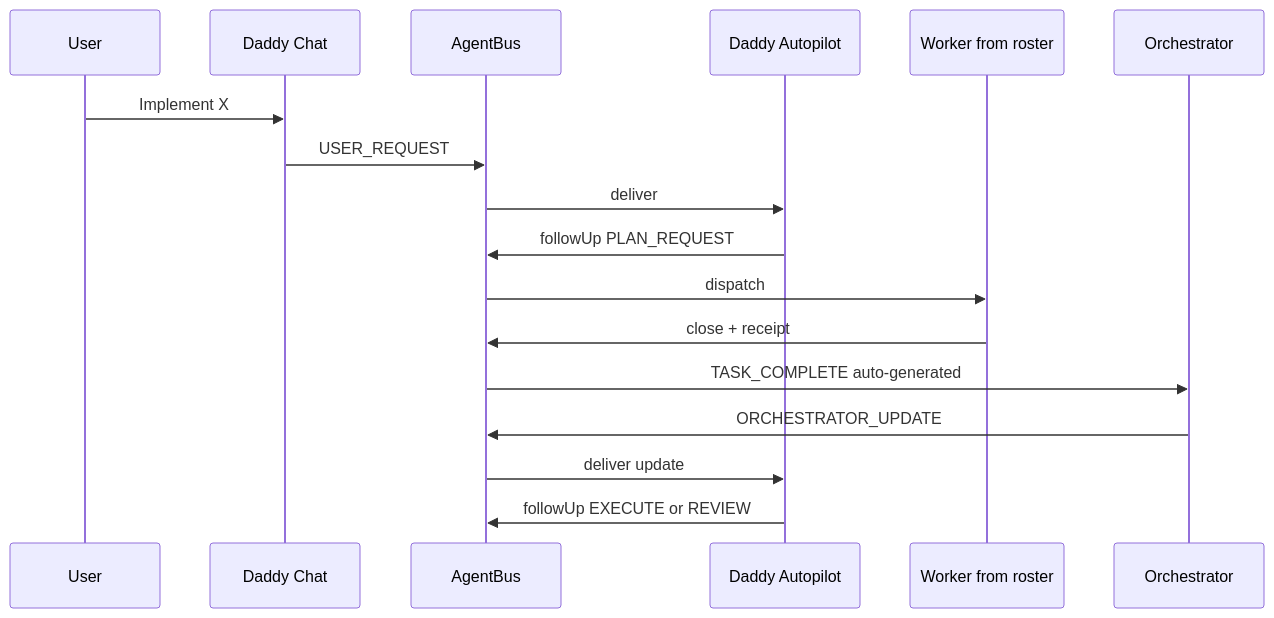
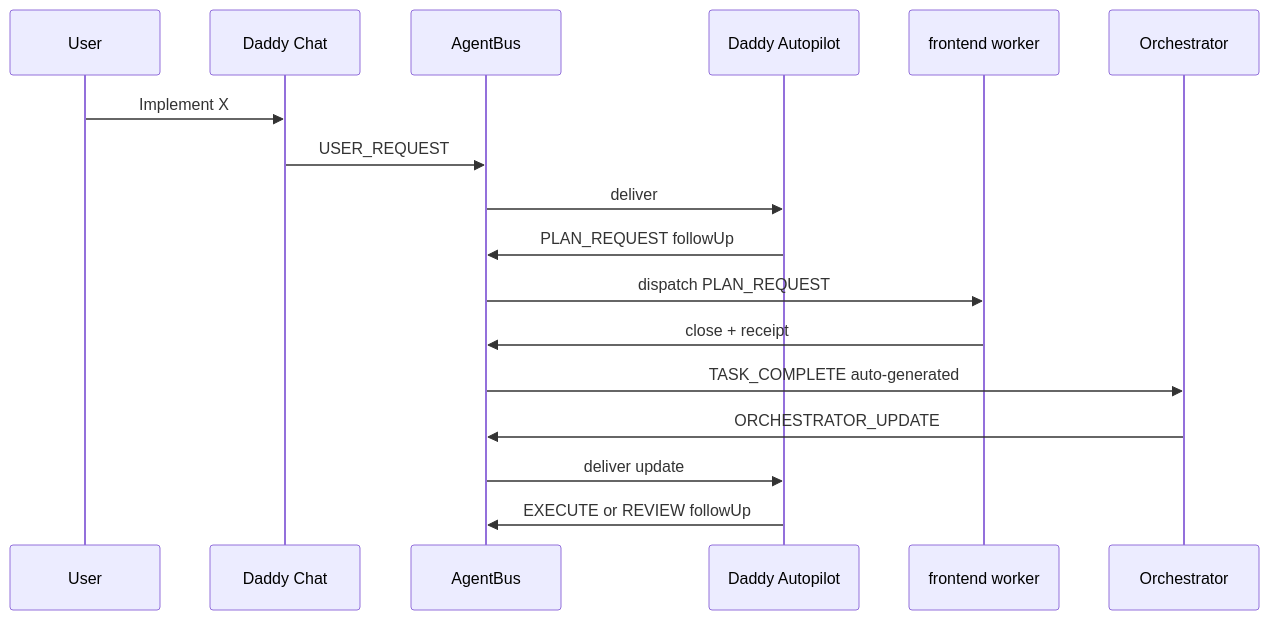
Before and after one commit to future3OOO/agentic-cockpit: the third of 4 diagrams in docs/agentic/WORKFLOW_VISUALS.md, drawn with Mermaid. The commit also changed other lines of this file and 4 other files, not shown here.

````diff
--- a/docs/agentic/WORKFLOW_VISUALS.md
+++ b/docs/agentic/WORKFLOW_VISUALS.md
@@ -34,20 +70,20 @@
 ```mermaid
 sequenceDiagram
   participant U as User
   participant C as Daddy Chat
   participant B as AgentBus
   participant A as Daddy Autopilot
-  participant W as Worker from roster
+  participant F as frontend worker
   participant O as Orchestrator
 
   U->>C: Implement X
   C->>B: USER_REQUEST
   B->>A: deliver
-  A->>B: followUp PLAN_REQUEST
-  B->>W: dispatch
-  W->>B: close + receipt
+  A->>B: PLAN_REQUEST followUp
+  B->>F: dispatch PLAN_REQUEST
+  F->>B: close + receipt
   B->>O: TASK_COMPLETE auto-generated
   O->>B: ORCHESTRATOR_UPDATE
   B->>A: deliver update
-  A->>B: followUp EXECUTE or REVIEW
+  A->>B: EXECUTE or REVIEW followUp
 ```
````
